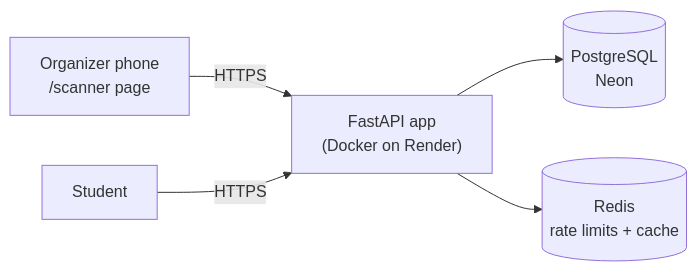
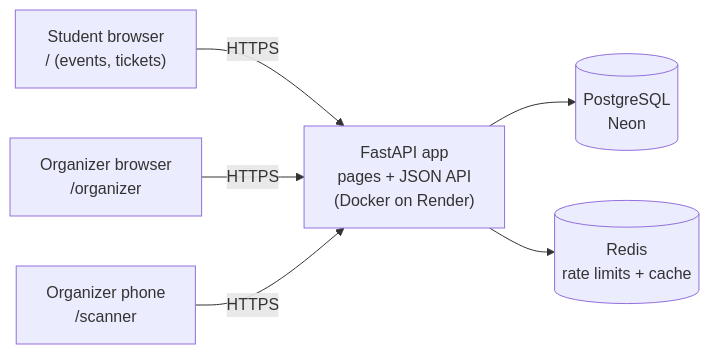
One commit to Ompatel179/Eventpass changed the diagram in README.md. Above: the diagram before and after it, drawn with Mermaid. The commit also changed other lines of this file and 8 other files, not shown here.

````diff
--- a/README.md
+++ b/README.md
@@ -28,7 +39,8 @@
 ```mermaid
 flowchart LR
-    Phone["Organizer phone<br/>/scanner page"] -->|HTTPS| API["FastAPI app<br/>(Docker on Render)"]
-    Student["Student"] -->|HTTPS| API
+    Student["Student browser<br/>/ (events, tickets)"] -->|HTTPS| API["FastAPI app<br/>pages + JSON API<br/>(Docker on Render)"]
+    Organizer["Organizer browser<br/>/organizer"] -->|HTTPS| API
+    Phone["Organizer phone<br/>/scanner"] -->|HTTPS| API
     API --> PG[("PostgreSQL<br/>Neon")]
     API --> Redis[("Redis<br/>rate limits + cache")]
 ```
````
